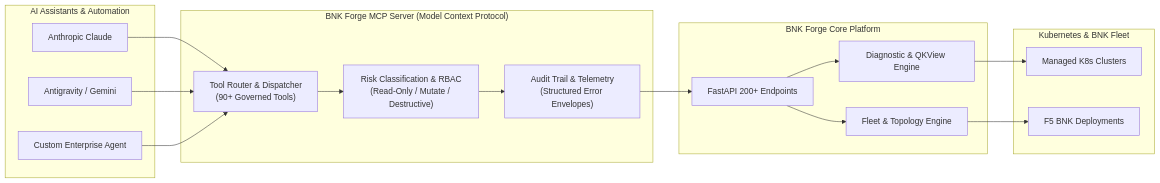
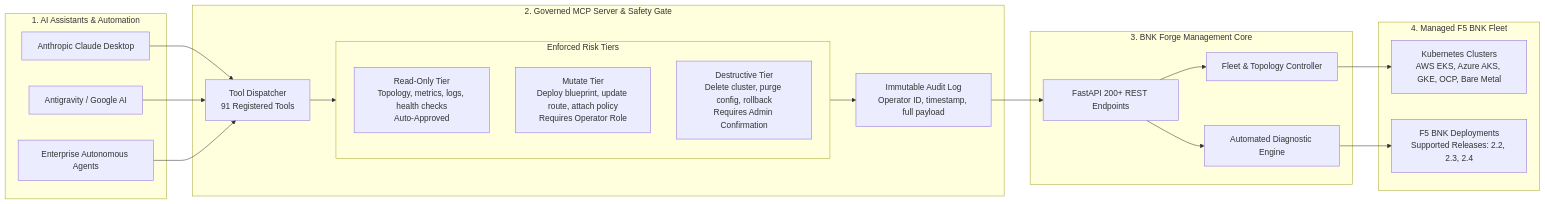
One commit to f5devcentral/bnk-forge changed the fourth of 4 diagrams in README.md. Above: the diagram before and after it, drawn with Mermaid. The commit also changed other lines of this file and 2 other files, not shown here.

Commit message:
docs: remove emojis, improve diagram clarity, and specify BNK 4.0.0 compatibility

````diff
--- a/README.md
+++ b/README.md
@@ -210,36 +224,44 @@
 ```mermaid
 flowchart LR
-    subgraph Agents["AI Assistants & Automation"]
-        Claude["Anthropic Claude"]
-        Antigravity["Antigravity / Gemini"]
-        CustomAgent["Custom Enterprise Agent"]
+    subgraph Agents["1. AI Assistants & Automation"]
+        Claude["Anthropic Claude Desktop"]
+        Gemini["Antigravity / Google AI"]
+        CustomOps["Enterprise Autonomous Agents"]
     end
 
-    subgraph MCP["BNK Forge MCP Server (Model Context Protocol)"]
-        Router["Tool Router & Dispatcher\n(90+ Governed Tools)"]
-        Governance["Risk Classification & RBAC\n(Read-Only / Mutate / Destructive)"]
-        Audit["Audit Trail & Telemetry\n(Structured Error Envelopes)"]
-        Router --> Governance --> Audit
+    subgraph SafetyGate["2. Governed MCP Server & Safety Gate"]
+        Router["Tool Dispatcher\n91 Registered Tools"]
+        
+        subgraph RiskTiers["Enforced Risk Tiers"]
+            TierRead["Read-Only Tier\nTopology, metrics, logs, health checks\nAuto-Approved"]
+            TierMutate["Mutate Tier\nDeploy blueprint, update route, attach policy\nRequires Operator Role"]
+            TierDestroy["Destructive Tier\nDelete cluster, purge config, rollback\nRequires Admin Confirmation"]
+        end
+        
+        Audit["Immutable Audit Log\nOperator ID, timestamp, full payload"]
+        Router --> RiskTiers
+        RiskTiers --> Audit
     end
 
-    subgraph ForgeAPI["BNK Forge Core Platform"]
-        API["FastAPI 200+ Endpoints"]
-        DiagnosticEngine["Diagnostic & QKView Engine"]
-        FleetEngine["Fleet & Topology Engine"]
+    subgraph ForgeEngine["3. BNK Forge Management Core"]
+        RESTAPI["FastAPI 200+ REST Endpoints"]
+        K8sEngine["Fleet & Topology Controller"]
+        DiagEngine["Automated Diagnostic Engine"]
+        
+        RESTAPI --> K8sEngine
+        RESTAPI --> DiagEngine
     end
 
-    subgraph FleetInfra["Kubernetes & BNK Fleet"]
-        K8s["Managed K8s Clusters"]
-        BNK["F5 BNK Deployments"]
+    subgraph TargetFleet["4. Managed F5 BNK Fleet"]
+        Clusters["Kubernetes Clusters\nAWS EKS, Azure AKS, GKE, OCP, Bare Metal"]
+        BNKDeploy["F5 BNK Deployments\nSupported Releases: 2.2, 2.3, 2.4"]
+        
+        K8sEngine --> Clusters
+        DiagEngine --> BNKDeploy
     end
 
     Claude --> Router
-    Antigravity --> Router
-    CustomAgent --> Router
-
-    Audit --> API
-    API --> DiagnosticEngine
-    API --> FleetEngine
-    DiagnosticEngine --> K8s
-    FleetEngine --> BNK
+    Gemini --> Router
+    CustomOps --> Router
+    Audit --> RESTAPI
 ```
````
